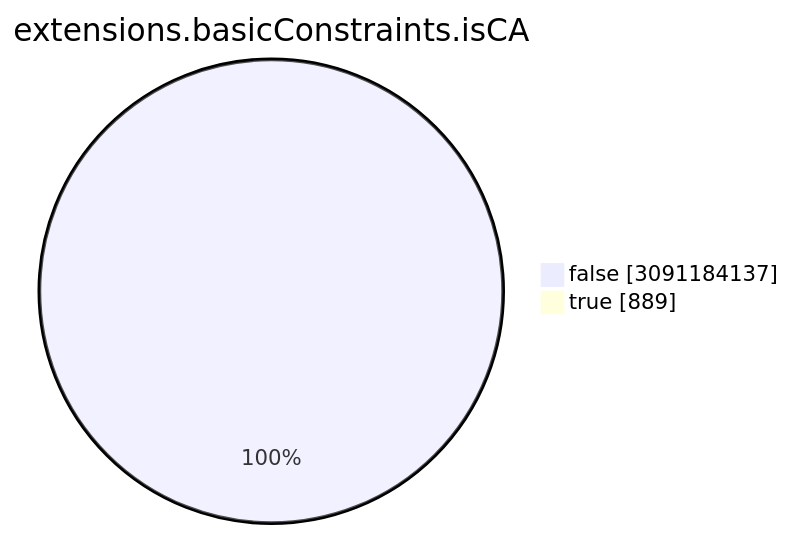
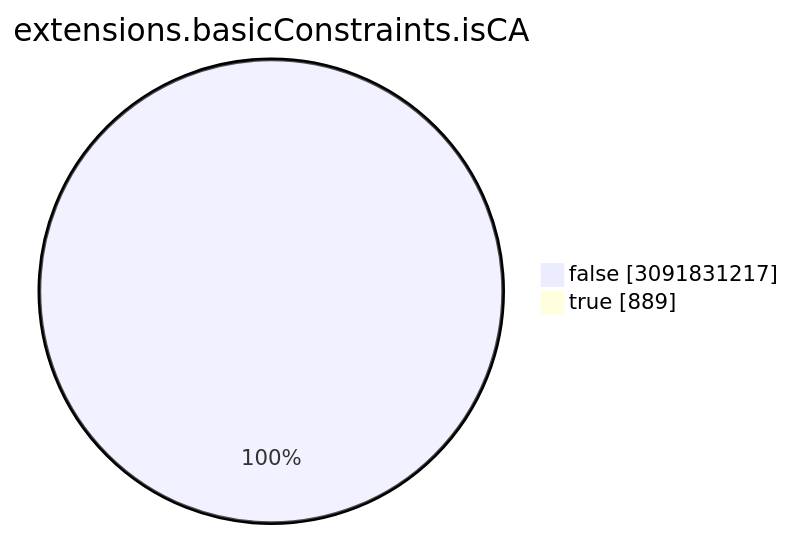
One commit to christiankrug/ctmonitor_visualization changed the seventh of 15 diagrams in TOTAL/README.md. Above: the diagram before and after it, drawn with Mermaid. The commit also changed other lines of this file, not shown here.

````diff
--- a/TOTAL/README.md
+++ b/TOTAL/README.md
@@ -3088,6 +3088,6 @@
 ```mermaid
 pie showData
 title extensions.basicConstraints.isCA
-"false" :3091184137
+"false" :3091831217
 "true" :889
 ```
````
